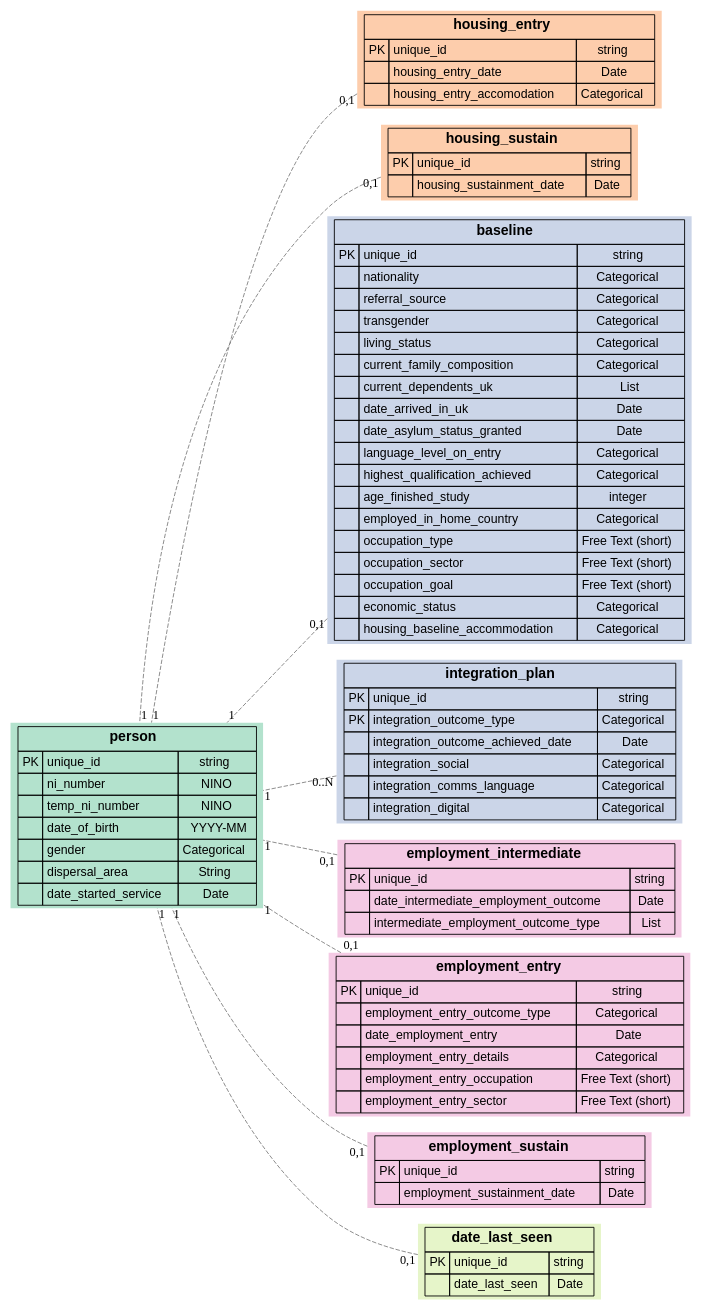
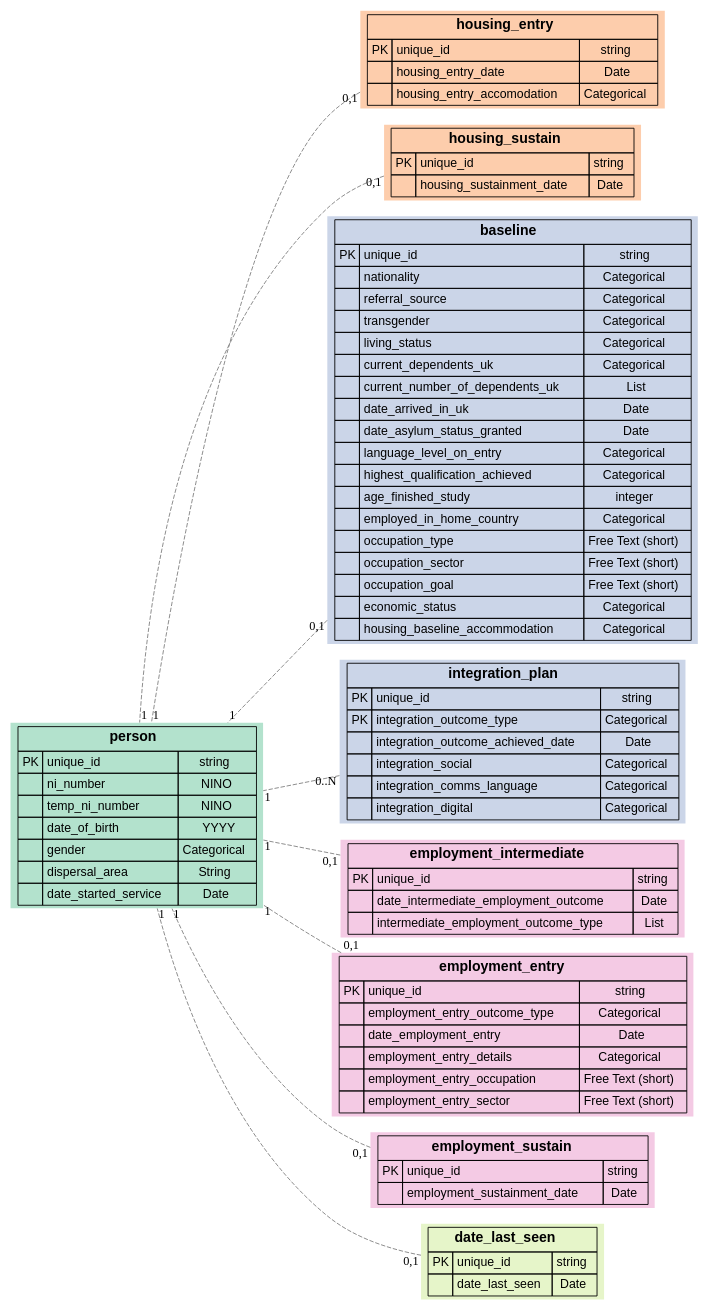
The diagram in assets/spec/record-relationships.dot (SocialFinanceDigitalLabs/RTOF-specification), drawn with Graphviz before and after one commit. The commit also changed 12 other files, not shown here.

```diff
--- a/assets/spec/record-relationships.dot
+++ b/assets/spec/record-relationships.dot
@@ -34,7 +34,7 @@
         <TR>
             <TD></TD>
             <TD ALIGN="LEFT">date_of_birth</TD>
-            <TD ALIGN="CENTER">YYYY-MM</TD>
+            <TD ALIGN="CENTER">YYYY</TD>
         </TR>
         <TR>
             <TD></TD>
@@ -133,12 +133,12 @@
         </TR>
         <TR>
             <TD></TD>
-            <TD ALIGN="LEFT">current_family_composition</TD>
+            <TD ALIGN="LEFT">current_dependents_uk</TD>
             <TD ALIGN="CENTER">Categorical</TD>
         </TR>
         <TR>
             <TD></TD>
-            <TD ALIGN="LEFT">current_dependents_uk</TD>
+            <TD ALIGN="LEFT">current_number_of_dependents_uk</TD>
             <TD ALIGN="CENTER">List</TD>
         </TR>
         <TR>
```
